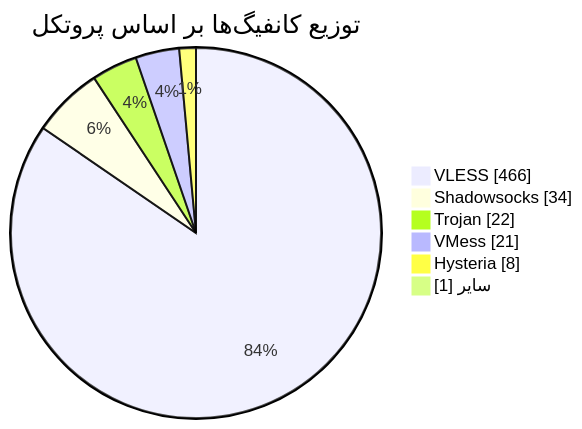
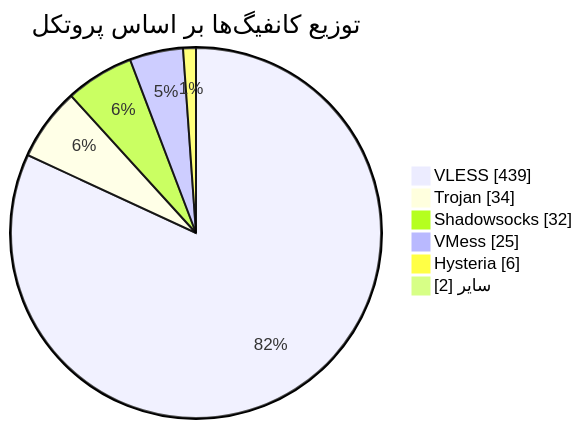
One commit to Arian-Alijani/Somthing changed the diagram in README.md. Above: the diagram before and after it, drawn with Mermaid. The commit also changed other lines of this file and 89 other files, not shown here.

````diff
--- a/README.md
+++ b/README.md
@@ -48,10 +48,10 @@
 ```mermaid
 pie showData
     title توزیع کانفیگ‌ها بر اساس پروتکل
-    "VLESS" : 466
-    "Shadowsocks" : 34
-    "Trojan" : 22
-    "VMess" : 21
-    "Hysteria" : 8
-    "سایر" : 1
+    "VLESS" : 439
+    "Trojan" : 34
+    "Shadowsocks" : 32
+    "VMess" : 25
+    "Hysteria" : 6
+    "سایر" : 2
 ```
````
